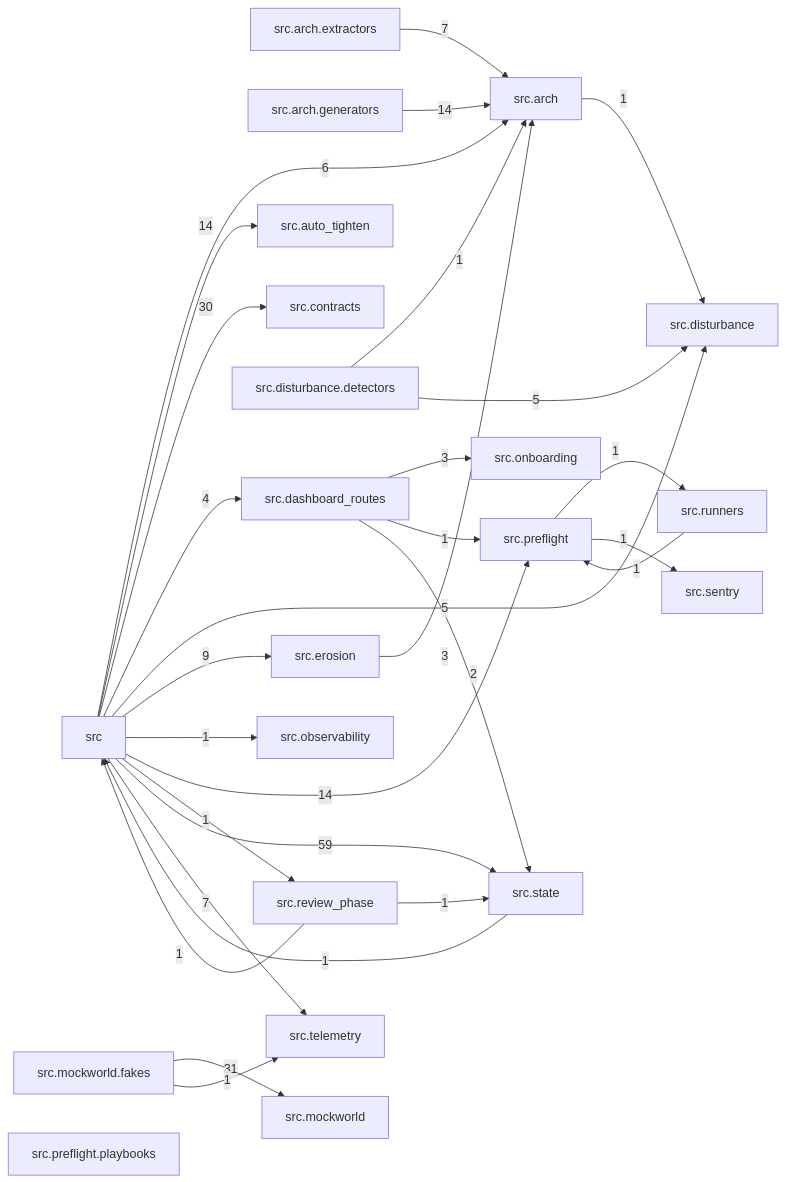
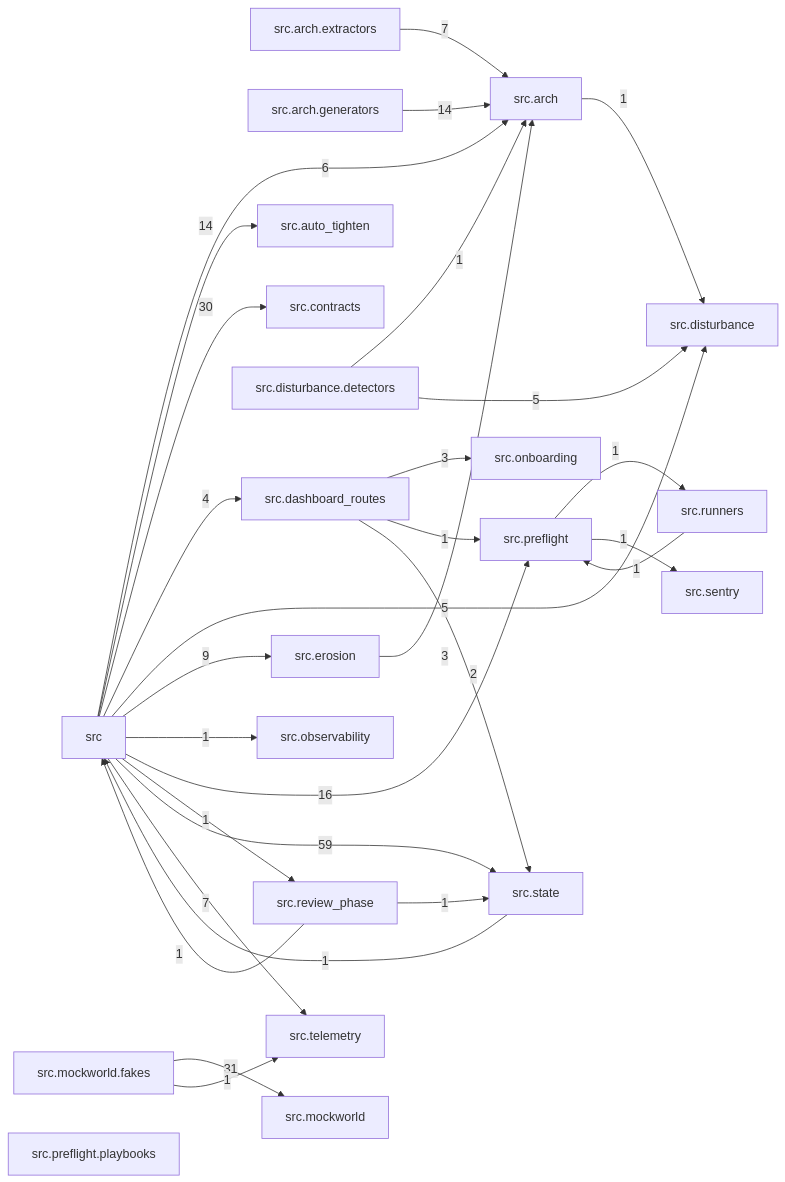
Before and after one commit to T-rav/hydraflow: the diagram in docs/arch/generated/modules.md, drawn with Mermaid. The commit also changed 10 other files, not shown here.

````diff
--- a/docs/arch/generated/modules.md
+++ b/docs/arch/generated/modules.md
@@ -7,52 +7,52 @@
 ```mermaid
 graph LR
     src["src"]
     src_arch["src.arch"]
     src_arch_extractors["src.arch.extractors"]
     src_arch_generators["src.arch.generators"]
     src_auto_tighten["src.auto_tighten"]
     src_contracts["src.contracts"]
     src_dashboard_routes["src.dashboard_routes"]
     src_disturbance["src.disturbance"]
     src_disturbance_detectors["src.disturbance.detectors"]
     src_erosion["src.erosion"]
     src_mockworld["src.mockworld"]
     src_mockworld_fakes["src.mockworld.fakes"]
     src_observability["src.observability"]
     src_onboarding["src.onboarding"]
     src_preflight["src.preflight"]
     src_preflight_playbooks["src.preflight.playbooks"]
     src_review_phase["src.review_phase"]
     src_runners["src.runners"]
     src_sentry["src.sentry"]
     src_state["src.state"]
     src_telemetry["src.telemetry"]
     src -- "6" --> src_arch
     src -- "14" --> src_auto_tighten
     src -- "30" --> src_contracts
     src -- "4" --> src_dashboard_routes
     src -- "5" --> src_disturbance
     src -- "9" --> src_erosion
     src -- "1" --> src_observability
-    src -- "14" --> src_preflight
+    src -- "16" --> src_preflight
     src -- "1" --> src_review_phase
     src -- "59" --> src_state
     src -- "7" --> src_telemetry
     src_arch -- "1" --> src_disturbance
     src_arch_extractors -- "7" --> src_arch
     src_arch_generators -- "14" --> src_arch
     src_dashboard_routes -- "3" --> src_onboarding
     src_dashboard_routes -- "1" --> src_preflight
     src_dashboard_routes -- "2" --> src_state
     src_disturbance_detectors -- "1" --> src_arch
     src_disturbance_detectors -- "5" --> src_disturbance
     src_erosion -- "3" --> src_arch
     src_mockworld_fakes -- "31" --> src_mockworld
     src_mockworld_fakes -- "1" --> src_telemetry
     src_preflight -- "1" --> src_runners
     src_preflight -- "1" --> src_sentry
     src_review_phase -- "1" --> src
     src_review_phase -- "1" --> src_state
     src_runners -- "1" --> src_preflight
     src_state -- "1" --> src
 ```
````
